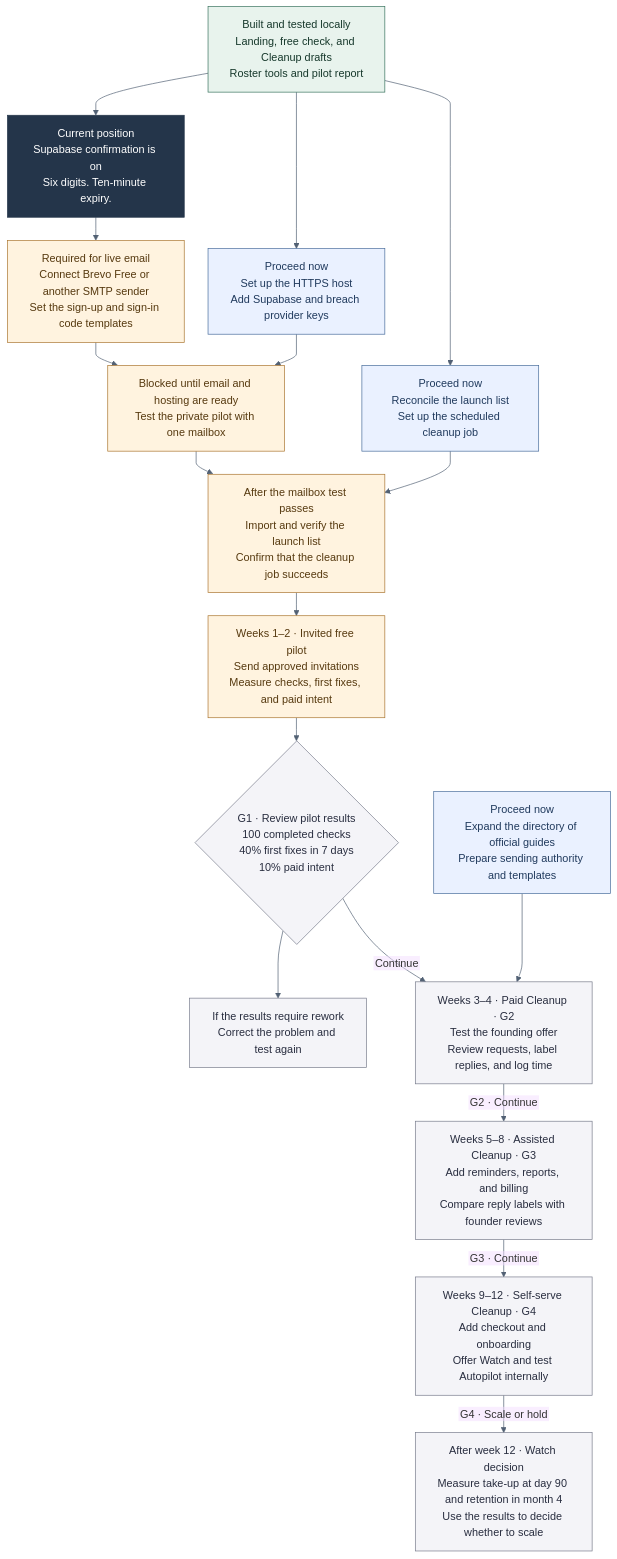
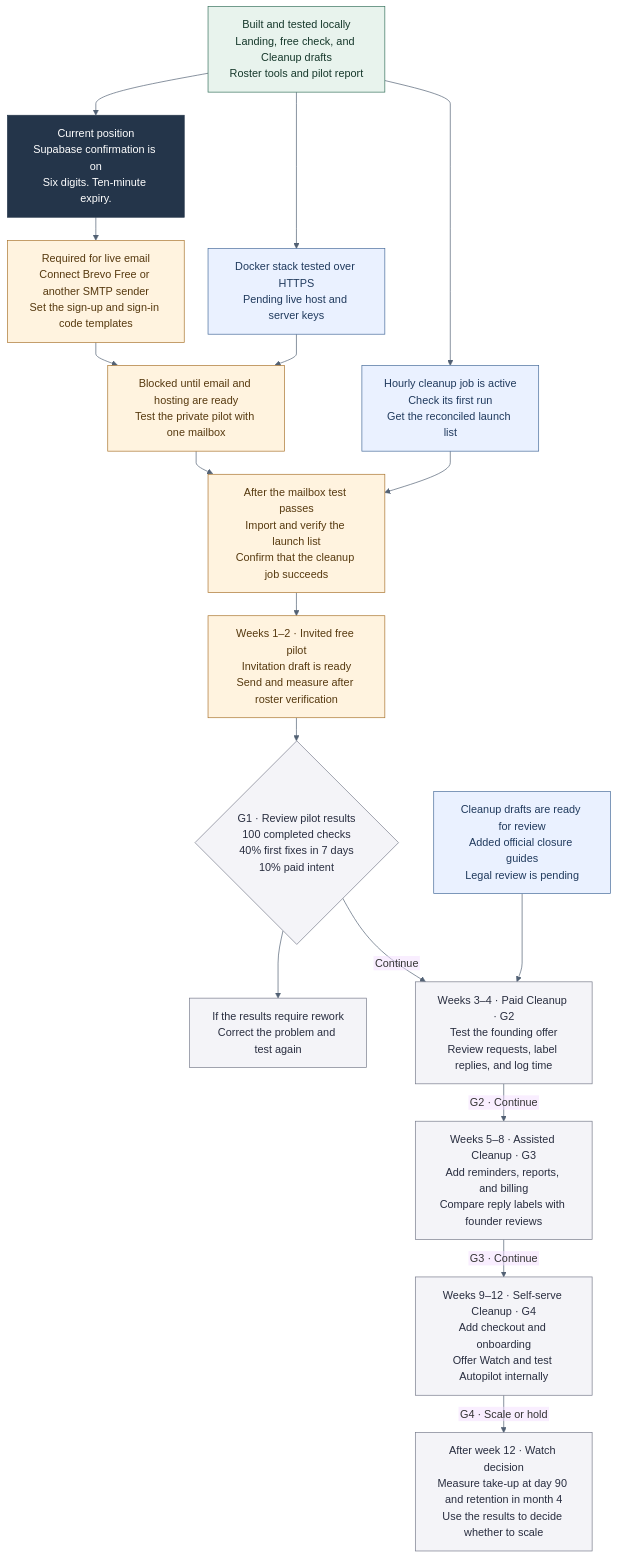
One commit to AdrianKondrat/privacy_agent changed the diagram in MVP/diagrams/mvp-development.mmd. Above: the diagram before and after it, drawn with Mermaid. The commit also changed 9 other files, not shown here.

Commit message:
Prepare HTTPS pilot deployment and Cleanup review drafts

```diff
--- a/MVP/diagrams/mvp-development.mmd
+++ b/MVP/diagrams/mvp-development.mmd
@@ -1,44 +1,44 @@
 %%{init: {"theme": "base", "flowchart": {"htmlLabels": false, "nodeSpacing": 35, "rankSpacing": 34, "curve": "monotoneY"}, "themeVariables": {"fontFamily": "Arial", "fontSize": "16px", "lineColor": "#526174"}}}%%
 graph TD
   Ready["Built and tested locally<br/>Landing, free check, and Cleanup drafts<br/>Roster tools and pilot report"]
   Auth["Current position<br/>Supabase confirmation is on<br/>Six digits. Ten-minute expiry."]
   Email["Required for live email<br/>Connect Brevo Free or another SMTP sender<br/>Set the sign-up and sign-in code templates"]
-  Host["Proceed now<br/>Set up the HTTPS host<br/>Add Supabase and breach provider keys"]
-  RosterPrep["Proceed now<br/>Reconcile the launch list<br/>Set up the scheduled cleanup job"]
+  Host["Docker stack tested over HTTPS<br/>Pending live host and server keys"]
+  RosterPrep["Hourly cleanup job is active<br/>Check its first run<br/>Get the reconciled launch list"]
   Live["Blocked until email and hosting are ready<br/>Test the private pilot with one mailbox"]
   Import["After the mailbox test passes<br/>Import and verify the launch list<br/>Confirm that the cleanup job succeeds"]
-  Pilot["Weeks 1–2 · Invited free pilot<br/>Send approved invitations<br/>Measure checks, first fixes, and paid intent"]
+  Pilot["Weeks 1–2 · Invited free pilot<br/>Invitation draft is ready<br/>Send and measure after roster verification"]
   G1{"G1 · Review pilot results<br/>100 completed checks<br/>40% first fixes in 7 days<br/>10% paid intent"}
   Rework["If the results require rework<br/>Correct the problem and test again"]
-  Prep["Proceed now<br/>Expand the directory of official guides<br/>Prepare sending authority and templates"]
+  Prep["Cleanup drafts are ready for review<br/>Added official closure guides<br/>Legal review is pending"]
   Paid["Weeks 3–4 · Paid Cleanup · G2<br/>Test the founding offer<br/>Review requests, label replies, and log time"]
   Assisted["Weeks 5–8 · Assisted Cleanup · G3<br/>Add reminders, reports, and billing<br/>Compare reply labels with founder reviews"]
   SelfServe["Weeks 9–12 · Self-serve Cleanup · G4<br/>Add checkout and onboarding<br/>Offer Watch and test Autopilot internally"]
   Watch["After week 12 · Watch decision<br/>Measure take-up at day 90 and retention in month 4<br/>Use the results to decide whether to scale"]
 
   Ready --> Auth
   Ready --> Host
   Ready --> RosterPrep
   Auth --> Email
   Email --> Live
   Host --> Live
   Live --> Import
   RosterPrep --> Import
   Import --> Pilot --> G1
   G1 --> Rework
   G1 -->|Continue| Paid
   Prep --> Paid
   Paid -->|G2 · Continue| Assisted
   Assisted -->|G3 · Continue| SelfServe
   SelfServe -->|G4 · Scale or hold| Watch
 
   classDef ready fill:#e8f3ed,stroke:#36715c,color:#16382b;
   classDef current fill:#24354a,stroke:#24354a,color:#fff;
   classDef independent fill:#eaf1ff,stroke:#476b9a,color:#203a5d;
   classDef waiting fill:#fff3df,stroke:#a9742e,color:#56390f;
   classDef planned fill:#f4f4f8,stroke:#777b8b,color:#282d3f;
   class Ready ready;
   class Auth current;
   class Host,RosterPrep,Prep independent;
   class Email,Live,Import,Pilot waiting;
   class G1,Rework,Paid,Assisted,SelfServe,Watch planned;
```
